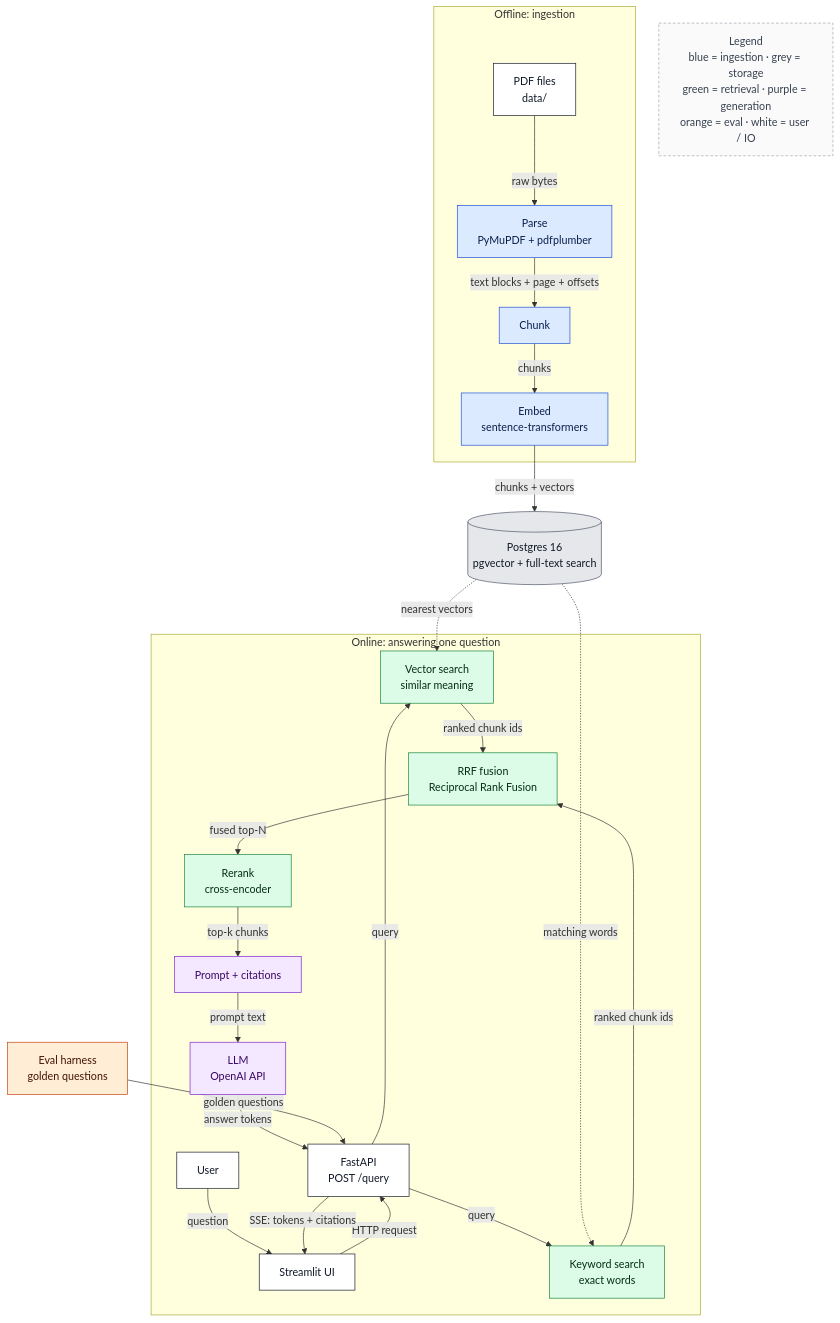
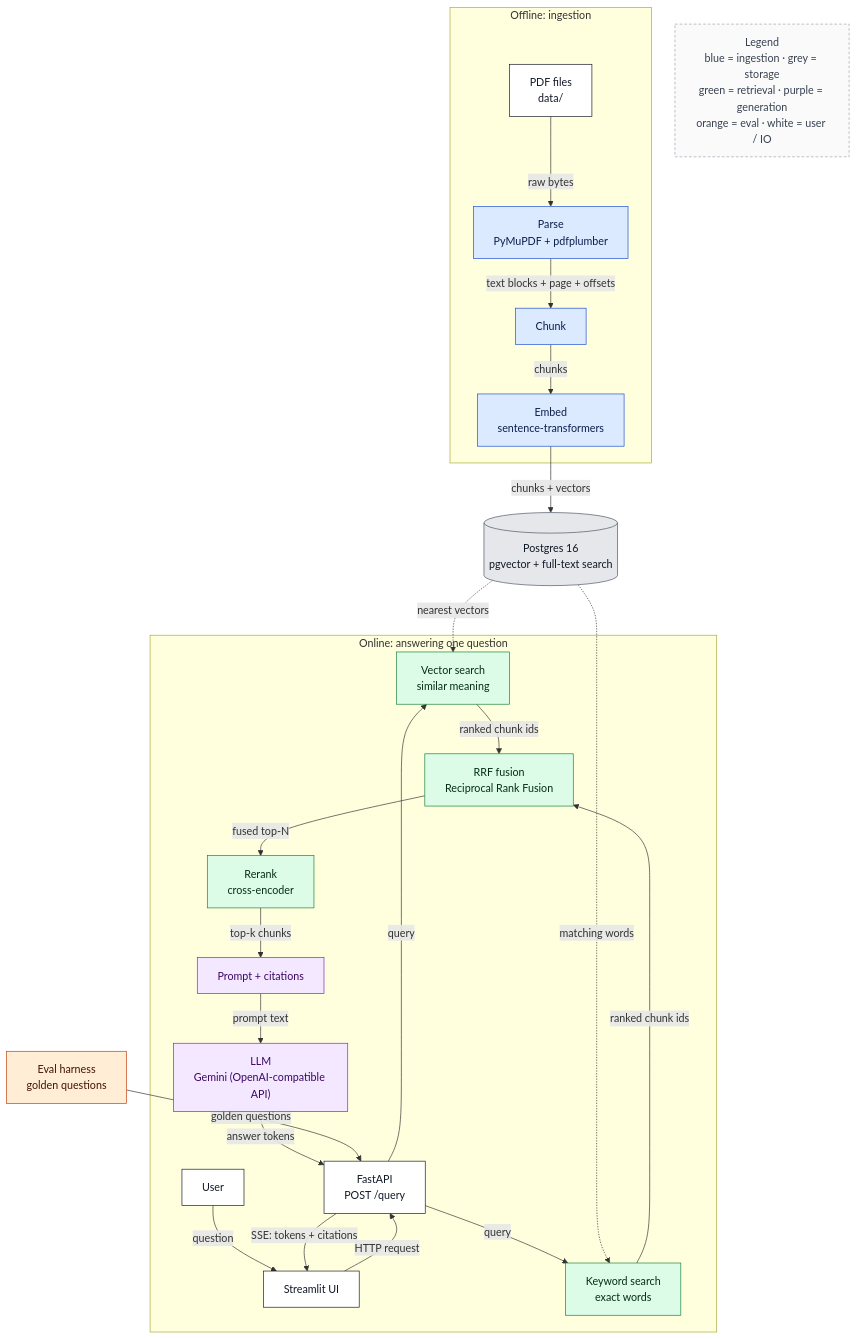
The diagram in docs/diagrams/src/02-system-architecture.mmd (Deoxy7/rag-assistant), drawn with Mermaid before and after one commit. The commit also changed 66 other files, not shown here.

Commit message:
docs: Gemini provider switch — client, model choice, card x-llm-provider, judge caveat, T-045..T-051, smoke results

```diff
--- a/docs/diagrams/src/02-system-architecture.mmd
+++ b/docs/diagrams/src/02-system-architecture.mmd
@@ -1,55 +1,55 @@
 %% Owner: docs/02-architecture-overview.md — the whole target system in one picture.
 %% This file is also the source for every "where it sits" diagram (scripts/where_it_sits.py),
 %% so node ids here are referenced from docs/diagrams/where-it-sits.tsv. Rename with care.
 flowchart TB
     classDef ingest fill:#dbeafe,stroke:#1d4ed8,color:#0b1f4d
     classDef store fill:#e5e7eb,stroke:#4b5563,color:#111827
     classDef retrieve fill:#dcfce7,stroke:#15803d,color:#052e16
     classDef generate fill:#f3e8ff,stroke:#7e22ce,color:#3b0764
     classDef evalc fill:#ffedd5,stroke:#c2410c,color:#431407
     classDef io fill:#ffffff,stroke:#111827,color:#111827
     classDef legend fill:#fafafa,stroke:#9ca3af,stroke-dasharray:4 3,color:#374151
 
     subgraph offline["Offline: ingestion"]
         pdf["PDF files<br/>data/"]:::io
         parse["Parse<br/>PyMuPDF + pdfplumber"]:::ingest
         chunk["Chunk"]:::ingest
         embed["Embed<br/>sentence-transformers"]:::ingest
     end
 
     pg[("Postgres 16<br/>pgvector + full-text search")]:::store
 
     subgraph online["Online: answering one question"]
         user["User"]:::io
         ui["Streamlit UI"]:::io
         api["FastAPI<br/>POST /query"]:::io
         vec["Vector search<br/>similar meaning"]:::retrieve
         fts["Keyword search<br/>exact words"]:::retrieve
         rrf["RRF fusion<br/>Reciprocal Rank Fusion"]:::retrieve
         rerank["Rerank<br/>cross-encoder"]:::retrieve
         prompt["Prompt + citations"]:::generate
-        llm["LLM<br/>OpenAI API"]:::generate
+        llm["LLM<br/>Gemini (OpenAI-compatible API)"]:::generate
     end
 
     evalh["Eval harness<br/>golden questions"]:::evalc
     legend["Legend<br/>blue = ingestion · grey = storage<br/>green = retrieval · purple = generation<br/>orange = eval · white = user / IO"]:::legend
 
     pdf -->|raw bytes| parse
     parse -->|text blocks + page + offsets| chunk
     chunk -->|chunks| embed
     embed -->|chunks + vectors| pg
 
     user -->|question| ui
     ui -->|HTTP request| api
     api -->|query| vec
     api -->|query| fts
     pg -.->|nearest vectors| vec
     pg -.->|matching words| fts
     vec -->|ranked chunk ids| rrf
     fts -->|ranked chunk ids| rrf
     rrf -->|fused top-N| rerank
     rerank -->|top-k chunks| prompt
     prompt -->|prompt text| llm
     llm -->|answer tokens| api
     api -->|SSE: tokens + citations| ui
     evalh -->|golden questions| api
```
